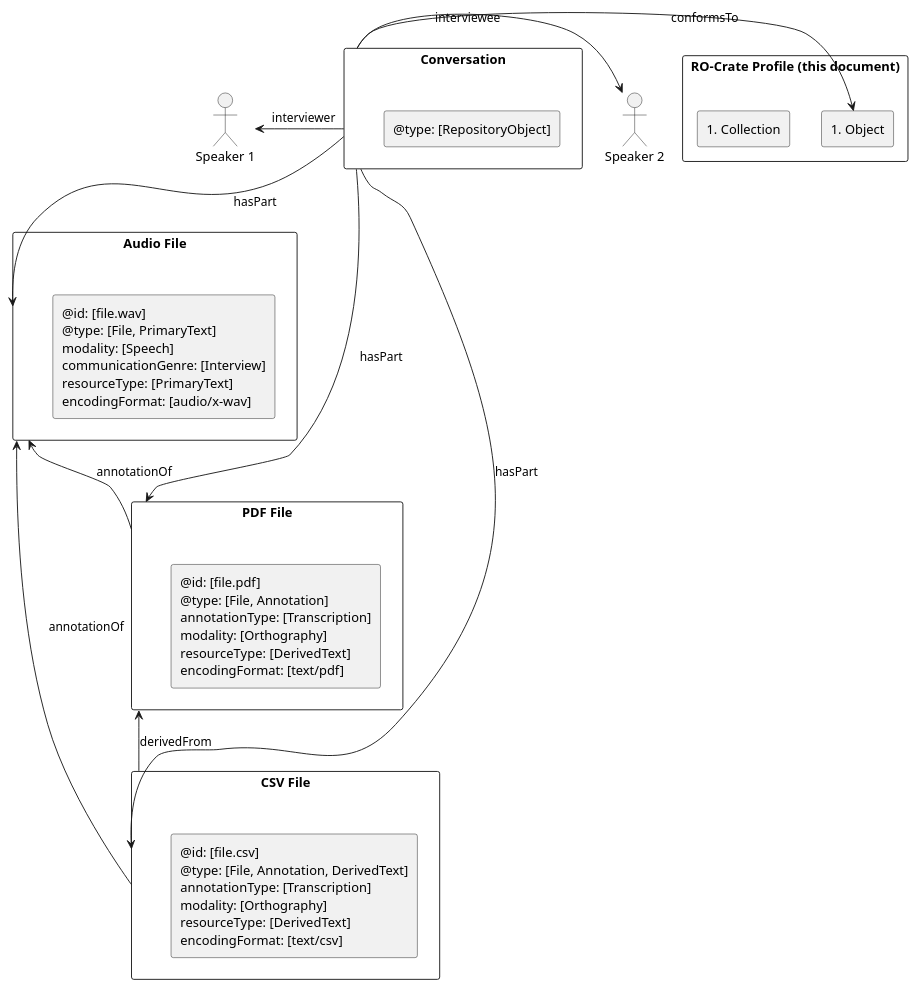
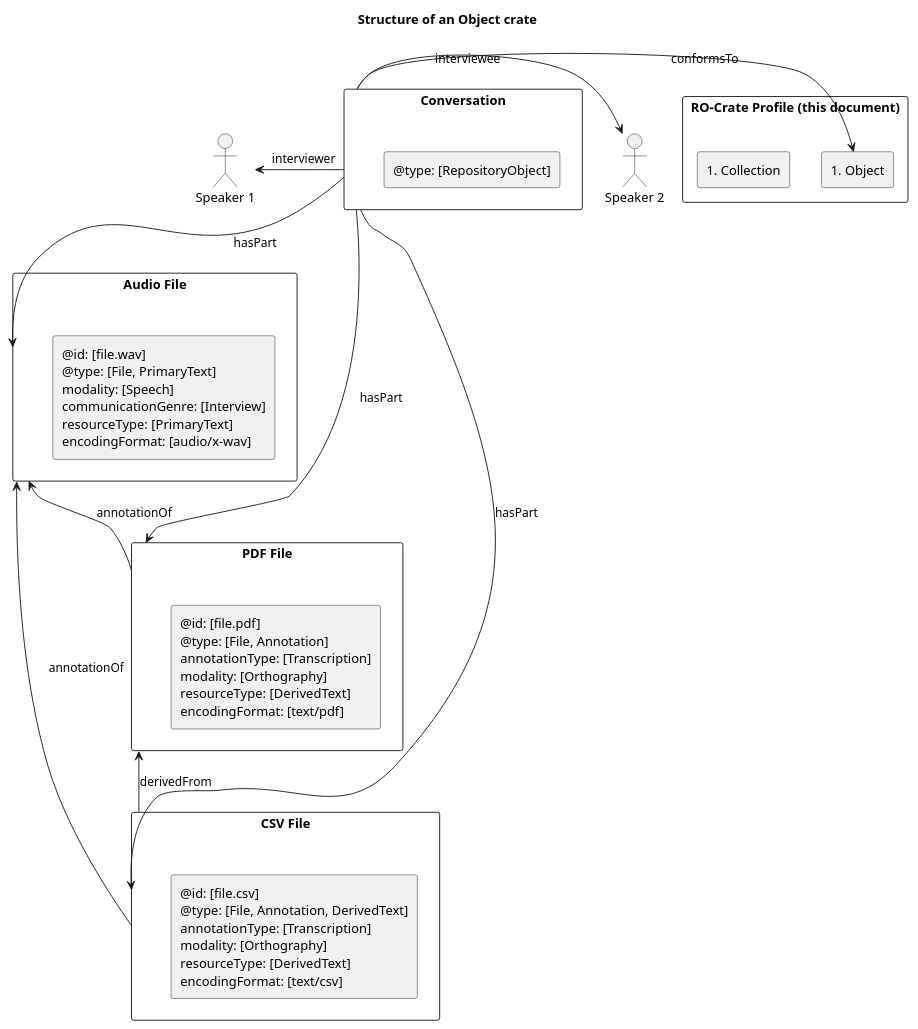
Before and after one commit to Language-Research-Technology/ldac-profile: the diagram in profile/media/object-structure.puml, drawn with PlantUML. The commit also changed 11 other files, not shown here.

```diff
--- a/profile/media/object-structure.puml
+++ b/profile/media/object-structure.puml
@@ -2,44 +2,46 @@
 @startuml
+title: Structure of an Object crate
+
 
 actor "Speaker 1" as s1
 actor "Speaker 2" as s2
 
 rectangle "RO-Crate Profile (this document)" {
 rectangle "#Collection" as procoll
 rectangle "#Object" as proobj
 }
 
 rectangle "Conversation" as c1 {
 
  
  rectangle "@type: [RepositoryObject]" 
 
 }
 rectangle "Audio File" as audio1 {
    rectangle "@id: [file.wav]\n@type: [File, PrimaryText]\nmodality: [Speech]\ncommunicationGenre: [Interview]\nresourceType: [PrimaryText]\nencodingFormat: [audio/x-wav]" 
 
 
 }
 rectangle "PDF File" as pdf1 {
    rectangle "@id: [file.pdf]\n@type: [File, Annotation]\nannotationType: [Transcription]\nmodality: [Orthography]\nresourceType: [DerivedText]\nencodingFormat: [text/pdf]" as pt 
 
 }
 
 rectangle "CSV File" as csv1 {
    rectangle "@id: [file.csv]\n@type: [File, Annotation, DerivedText]\nannotationType: [Transcription]\nmodality: [Orthography]\nresourceType: [DerivedText]\nencodingFormat: [text/csv]" 
 }
 
 c1 -down-> pdf1 : hasPart
 
 pdf1 -up-> audio1 : annotationOf
 c1 -down-> audio1 : hasPart
 c1 -down-> csv1 : hasPart
 csv1 -up-> audio1 : annotationOf
 csv1 -up-> pdf1 : derivedFrom
 
 c1 -left-> s1 : interviewer
 c1 -right-> s2 : interviewee
 c1 ->  proobj: conformsTo
 
 
 @enduml
```
